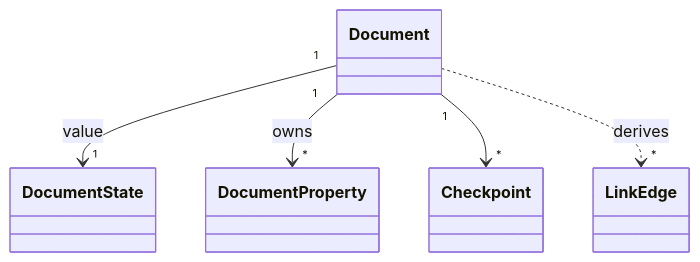
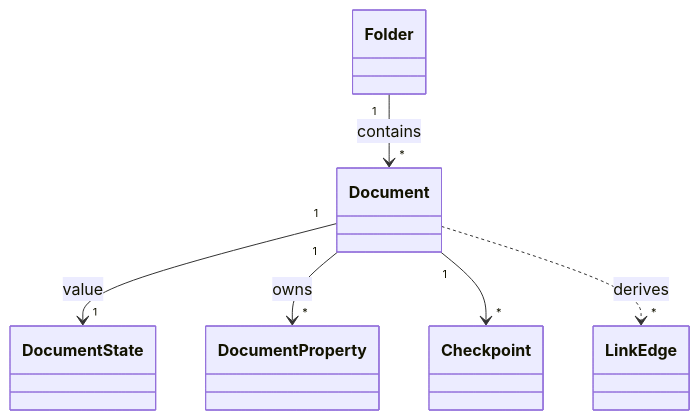
One commit to nerdchanii/realtime-markdown-editor changed the diagram in docs/domain/models/document.md. Above: the diagram before and after it, drawn with Mermaid. The commit also changed other lines of this file and 2 other files, not shown here.

Commit message:
docs: update workspace document relations for folder tree

````diff
--- a/docs/domain/models/document.md
+++ b/docs/domain/models/document.md
@@ -30,7 +34,8 @@
 ```mermaid
 classDiagram
+  Folder "1" --> "*" Document : contains
   Document "1" --> "1" DocumentState : value
   Document "1" --> "*" DocumentProperty : owns
   Document "1" --> "*" Checkpoint
   Document ..> "*" LinkEdge : derives
 ```
````
